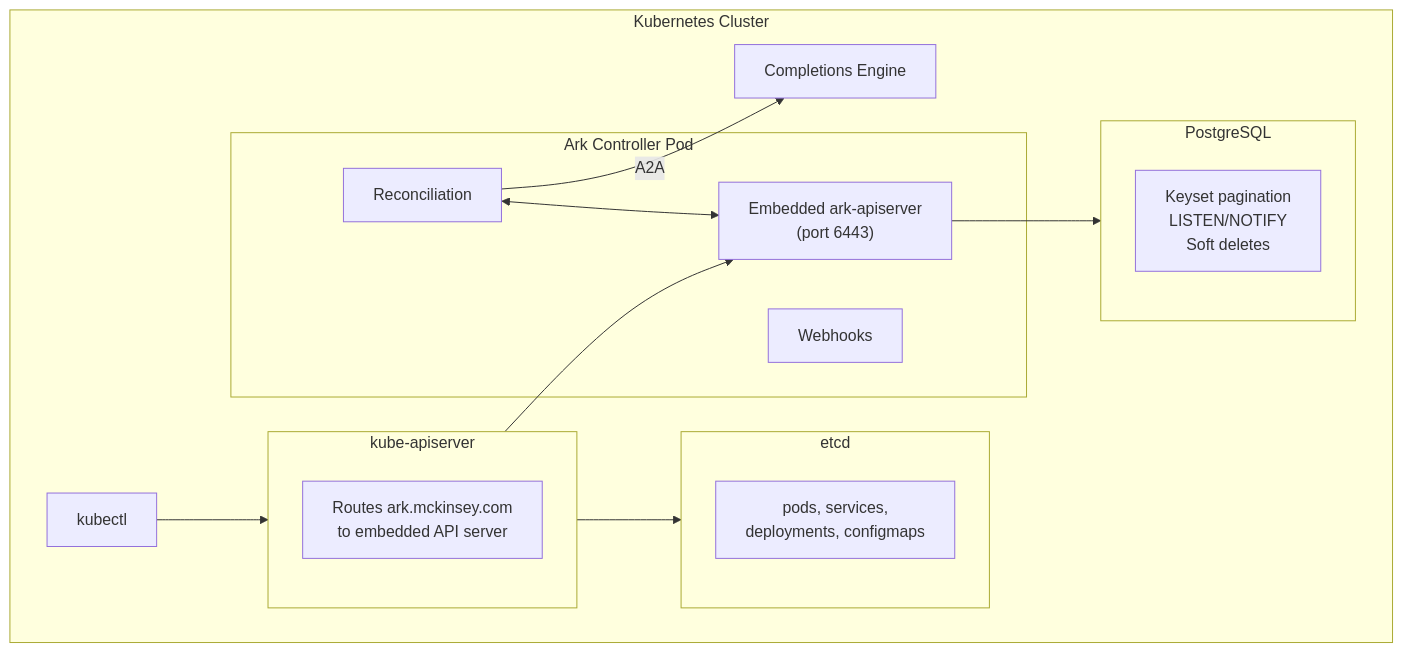
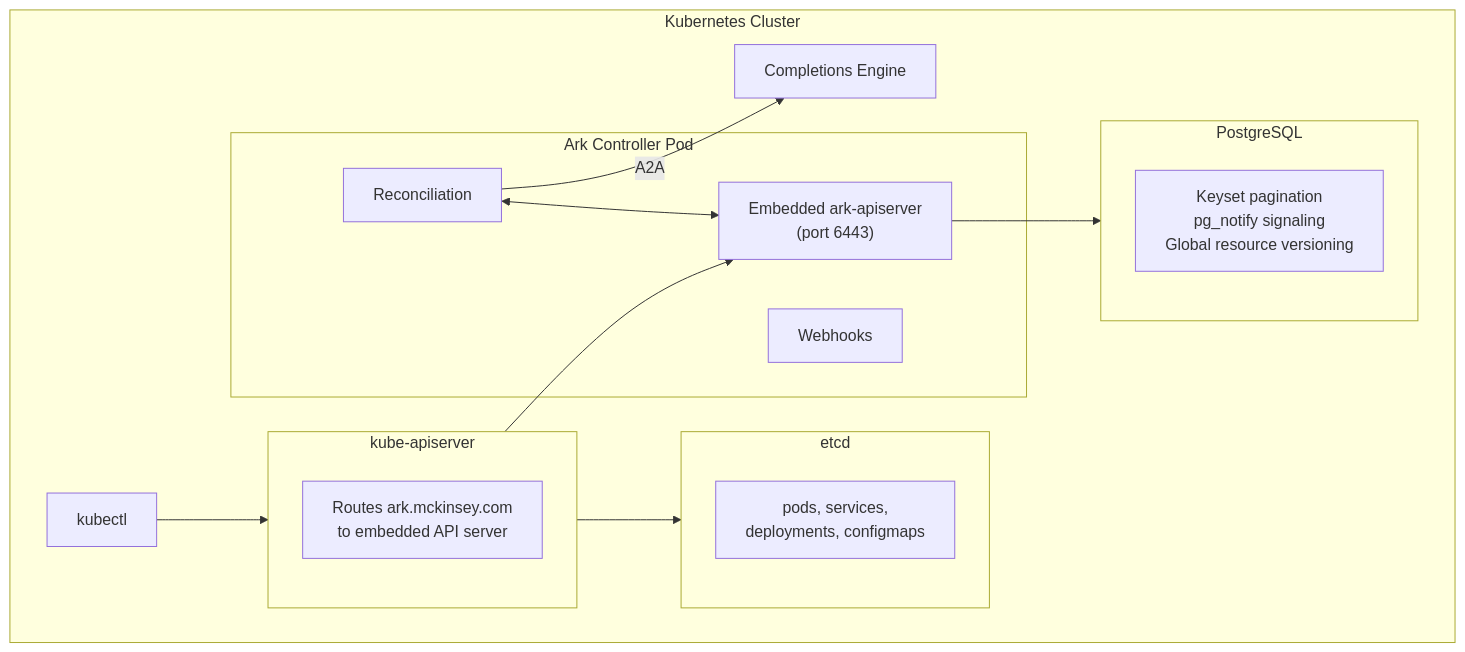
One commit to moeinghaeini/agents-at-scale-ark changed the fourth of 4 diagrams in docs/content/reference/core-architecture.mdx. Above: the diagram before and after it, drawn with Mermaid. The commit also changed other lines of this file and 27 other files, not shown here.

````diff
--- a/docs/content/reference/core-architecture.mdx
+++ b/docs/content/reference/core-architecture.mdx
@@ -183,33 +199,33 @@
 ```mermaid
 flowchart TB
     subgraph cluster["Kubernetes Cluster"]
         kubectl["kubectl"]
 
         subgraph apiserver["kube-apiserver"]
             api_desc["Routes ark.mckinsey.com<br/>to embedded API server"]
         end
 
         subgraph controller["Ark Controller Pod"]
             ctrl_reconcile["Reconciliation"]
             ctrl_webhook["Webhooks"]
             embedded_api["Embedded ark-apiserver<br/>(port 6443)"]
         end
 
         completions["Completions Engine"]
 
         subgraph etcd_box["etcd"]
             etcd_k8s["pods, services,<br/>deployments, configmaps"]
         end
 
         subgraph postgres["PostgreSQL"]
-            pg_features["Keyset pagination<br/>LISTEN/NOTIFY<br/>Soft deletes"]
+            pg_features["Keyset pagination<br/>pg_notify signaling<br/>Global resource versioning"]
         end
 
         kubectl --> apiserver
         apiserver --> etcd_box
         apiserver --> embedded_api
         embedded_api --> postgres
         ctrl_reconcile <--> embedded_api
         ctrl_reconcile -- "A2A" --> completions
     end
 ```
````
